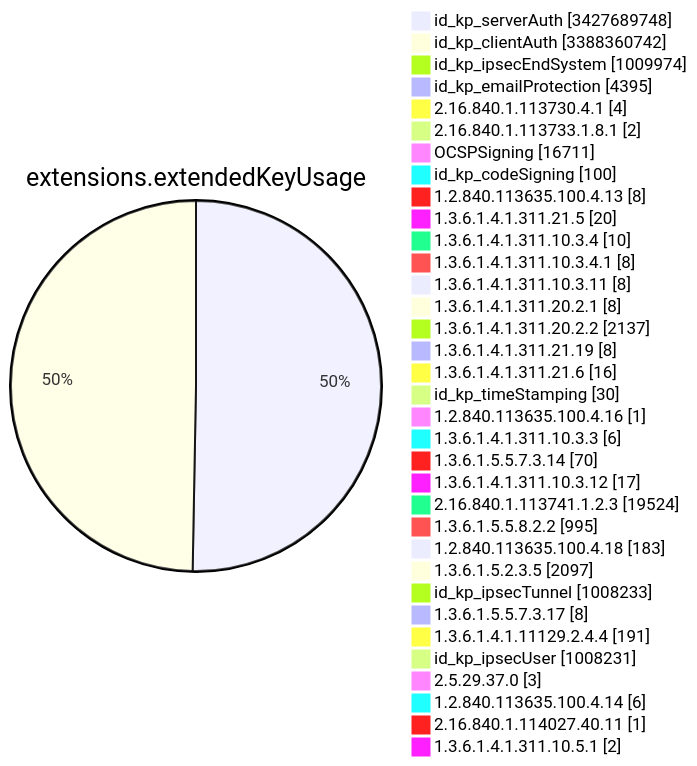
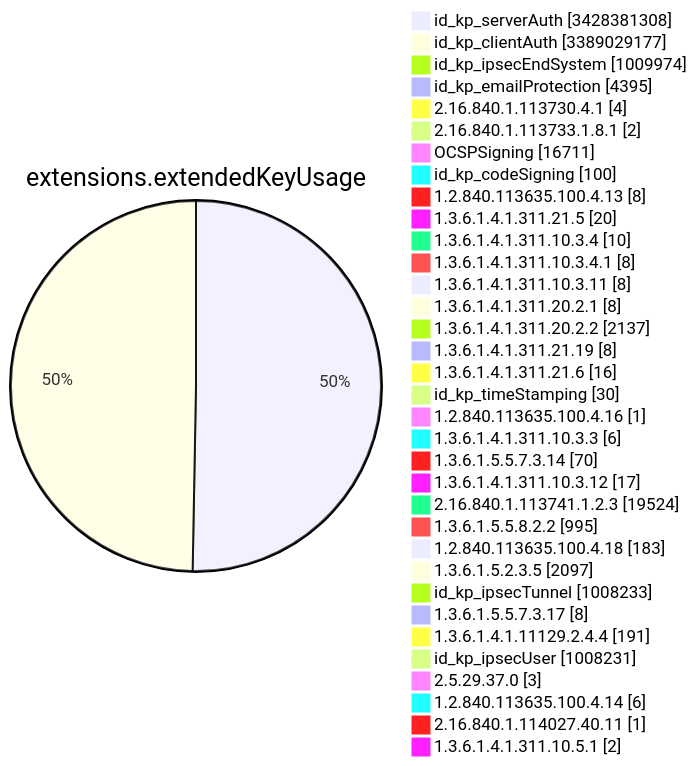
Diagram 11 of 15 in TOTAL/README.md (christiankrug/ctmonitor_visualization), drawn with Mermaid before and after one commit. The commit also changed other lines of this file, not shown here.

````diff
--- a/TOTAL/README.md
+++ b/TOTAL/README.md
@@ -4122,38 +4122,38 @@
 ```mermaid
 pie showData
 title extensions.extendedKeyUsage
-"id_kp_serverAuth" :3427689748
-"id_kp_clientAuth" :3388360742
+"id_kp_serverAuth" :3428381308
+"id_kp_clientAuth" :3389029177
 "id_kp_ipsecEndSystem" :1009974
 "id_kp_emailProtection" :4395
 "2.16.840.1.113730.4.1" :4
 "2.16.840.1.113733.1.8.1" :2
 "OCSPSigning" :16711
 "id_kp_codeSigning" :100
 "1.2.840.113635.100.4.13" :8
 "1.3.6.1.4.1.311.21.5" :20
 "1.3.6.1.4.1.311.10.3.4" :10
 "1.3.6.1.4.1.311.10.3.4.1" :8
 "1.3.6.1.4.1.311.10.3.11" :8
 "1.3.6.1.4.1.311.20.2.1" :8
 "1.3.6.1.4.1.311.20.2.2" :2137
 "1.3.6.1.4.1.311.21.19" :8
 "1.3.6.1.4.1.311.21.6" :16
 "id_kp_timeStamping" :30
 "1.2.840.113635.100.4.16" :1
 "1.3.6.1.4.1.311.10.3.3" :6
 "1.3.6.1.5.5.7.3.14" :70
 "1.3.6.1.4.1.311.10.3.12" :17
 "2.16.840.1.113741.1.2.3" :19524
 "1.3.6.1.5.5.8.2.2" :995
 "1.2.840.113635.100.4.18" :183
 "1.3.6.1.5.2.3.5" :2097
 "id_kp_ipsecTunnel" :1008233
 "1.3.6.1.5.5.7.3.17" :8
 "1.3.6.1.4.1.11129.2.4.4" :191
 "id_kp_ipsecUser" :1008231
 "2.5.29.37.0" :3
 "1.2.840.113635.100.4.14" :6
 "2.16.840.1.114027.40.11" :1
 "1.3.6.1.4.1.311.10.5.1" :2
 ```
````
